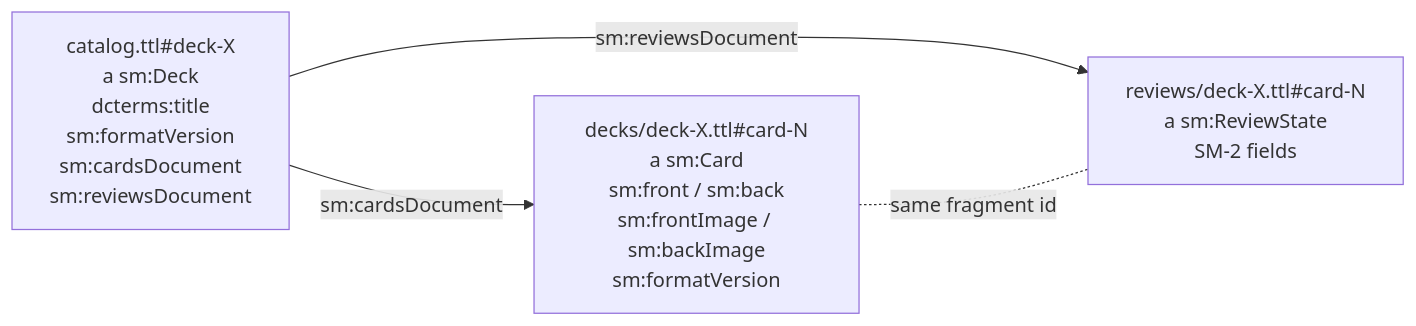
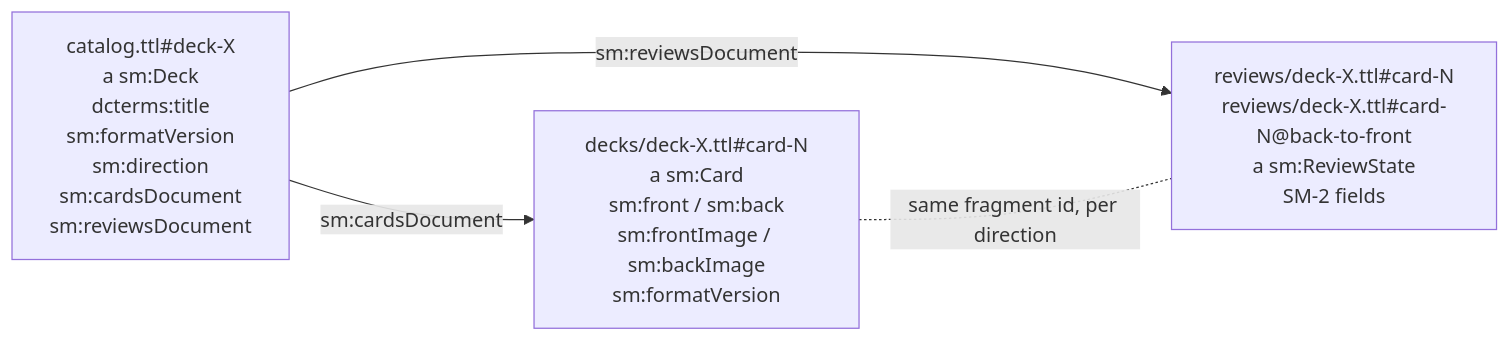
The second of 2 diagrams in docs/data-model.md (antwika/solid-memo), drawn with Mermaid before and after one commit. The commit also changed other lines of this file and 81 other files, not shown here.

Commit message:
add bidirectional decks with per-direction review state, library format upgrades and a single Study session

````diff
--- a/docs/data-model.md
+++ b/docs/data-model.md
@@ -77,9 +79,9 @@
 ```mermaid
 graph LR
-    C["catalog.ttl#deck-X<br/>a sm:Deck<br/>dcterms:title<br/>sm:formatVersion<br/>sm:cardsDocument<br/>sm:reviewsDocument"]
+    C["catalog.ttl#deck-X<br/>a sm:Deck<br/>dcterms:title<br/>sm:formatVersion<br/>sm:direction<br/>sm:cardsDocument<br/>sm:reviewsDocument"]
     D["decks/deck-X.ttl#card-N<br/>a sm:Card<br/>sm:front / sm:back<br/>sm:frontImage / sm:backImage<br/>sm:formatVersion"]
-    R["reviews/deck-X.ttl#card-N<br/>a sm:ReviewState<br/>SM-2 fields"]
+    R["reviews/deck-X.ttl#card-N<br/>reviews/deck-X.ttl#card-N@back-to-front<br/>a sm:ReviewState<br/>SM-2 fields"]
     C -->|sm:cardsDocument| D
     C -->|sm:reviewsDocument| R
-    D -. same fragment id .- R
+    D -. same fragment id, per direction .- R
 ```
````
